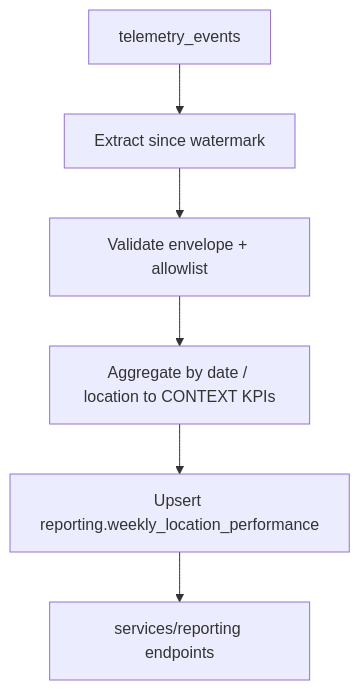
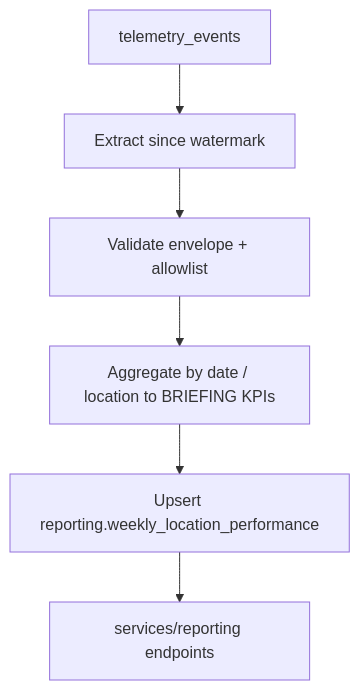
One commit to 4GeeksAcademy/ai-engineering-syllabus changed the diagram in content/projects/ai-eng-milestone-data-pipeline-design/.learn/solution/PIPELINE_DESIGN.example.md. Above: the diagram before and after it, drawn with Mermaid. The commit also changed other lines of this file and 620 other files, not shown here.

Commit message:
Update terminology from CONTEXT to BRIEFING across multiple files for consistency in project documentation.

````diff
--- a/content/projects/ai-eng-milestone-data-pipeline-design/.learn/solution/PIPELINE_DESIGN.example.md
+++ b/content/projects/ai-eng-milestone-data-pipeline-design/.learn/solution/PIPELINE_DESIGN.example.md
@@ -35,8 +35,8 @@
 ```mermaid
 flowchart TD
   A[telemetry_events] --> B[Extract since watermark]
   B --> C[Validate envelope + allowlist]
-  C --> D[Aggregate by date / location to CONTEXT KPIs]
+  C --> D[Aggregate by date / location to BRIEFING KPIs]
   D --> E[Upsert reporting.weekly_location_performance]
   E --> F[services/reporting endpoints]
 ```
````
